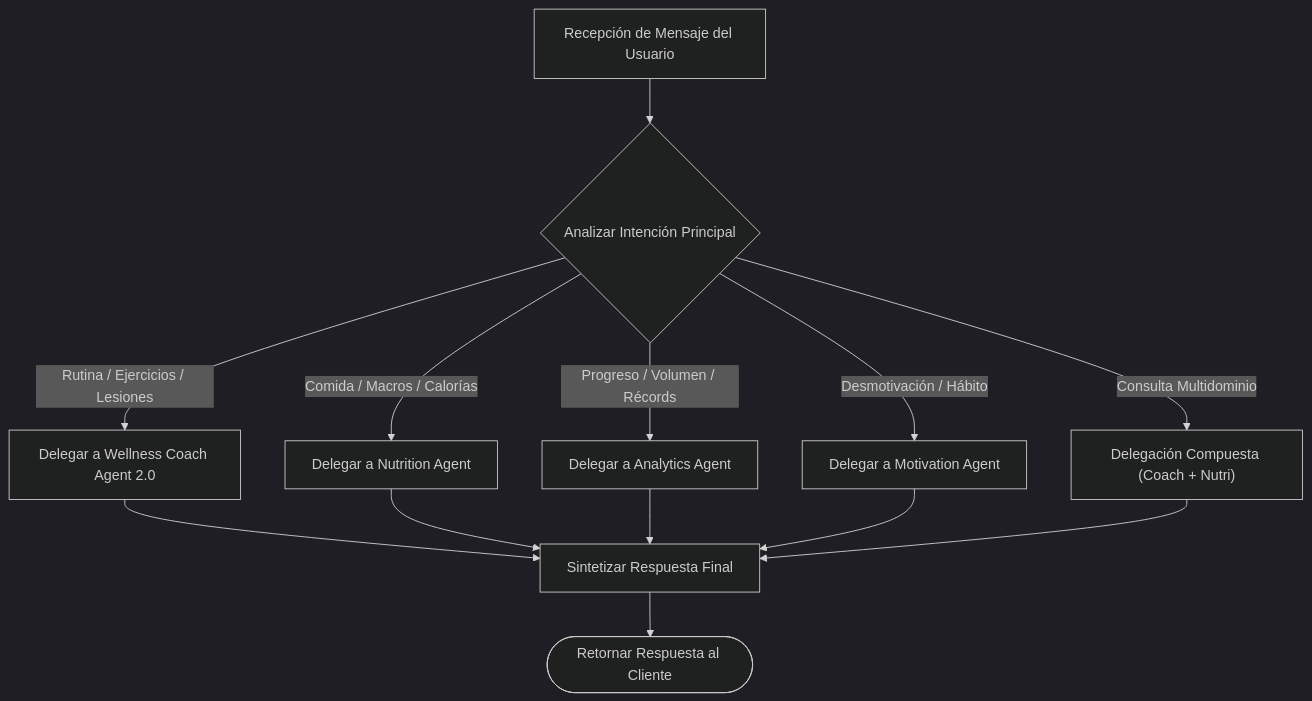
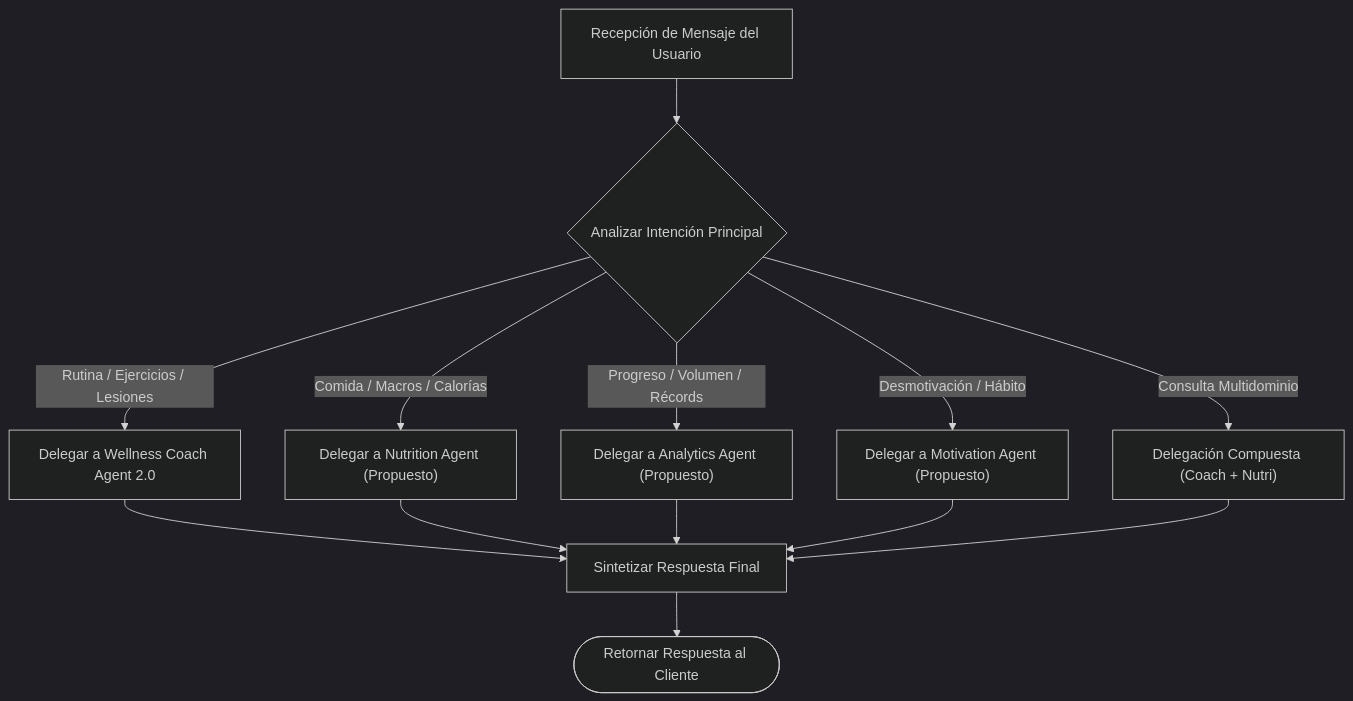
Before and after one commit to YaskCode-laboratory/wellness-platform-team6: the third of 3 diagrams in docs/architecture/multiagent-architecture.md, drawn with Mermaid (dark theme). The commit also changed other lines of this file and 2 other files, not shown here.

````diff
--- a/docs/architecture/multiagent-architecture.md
+++ b/docs/architecture/multiagent-architecture.md
@@ -112,18 +132,18 @@
 ```mermaid
 flowchart TD
     InputQuery["Recepción de Mensaje del Usuario"] --> IntentClassifier{"Analizar Intención Principal"}
 
     IntentClassifier -- "Rutina / Ejercicios / Lesiones" --> RouteCoach["Delegar a Wellness Coach Agent 2.0"]
-    IntentClassifier -- "Comida / Macros / Calorías" --> RouteNutri["Delegar a Nutrition Agent"]
-    IntentClassifier -- "Progreso / Volumen / Récords" --> RouteAnaly["Delegar a Analytics Agent"]
-    IntentClassifier -- "Desmotivación / Hábito" --> RouteMoti["Delegar a Motivation Agent"]
+    IntentClassifier -- "Comida / Macros / Calorías" --> RouteNutri["Delegar a Nutrition Agent (Propuesto)"]
+    IntentClassifier -- "Progreso / Volumen / Récords" --> RouteAnaly["Delegar a Analytics Agent (Propuesto)"]
+    IntentClassifier -- "Desmotivación / Hábito" --> RouteMoti["Delegar a Motivation Agent (Propuesto)"]
     IntentClassifier -- "Consulta Multidominio" --> RouteMulti["Delegación Compuesta (Coach + Nutri)"]
 
     RouteCoach --> Synthesize["Sintetizar Respuesta Final"]
     RouteNutri --> Synthesize
     RouteAnaly --> Synthesize
     RouteMoti --> Synthesize
     RouteMulti --> Synthesize
 
     Synthesize --> ReturnClient(["Retornar Respuesta al Cliente"])
 ```
````
